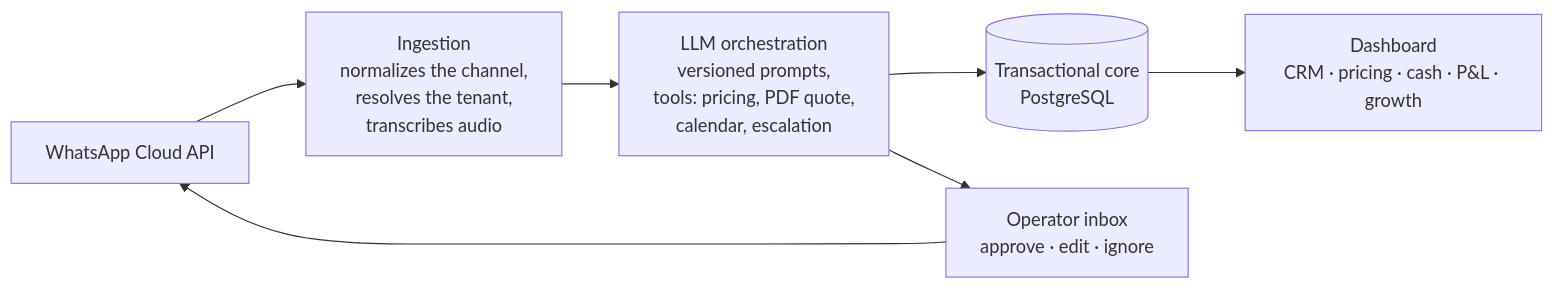
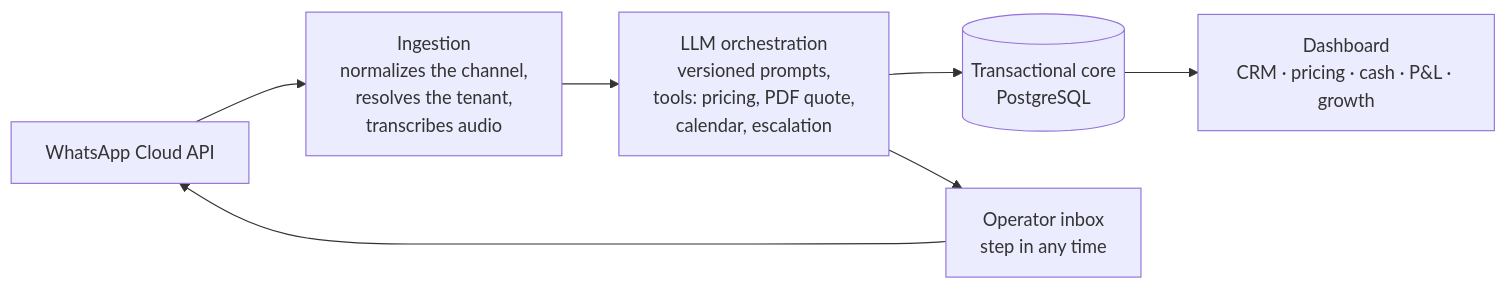
One commit to bautista-commits/pitbull-ai changed the diagram in README.md. Above: the diagram before and after it, drawn with Mermaid. The commit also changed other lines of this file, not shown here.

````diff
--- a/README.md
+++ b/README.md
@@ -20,9 +20,9 @@
 ```mermaid
 flowchart LR
     A[WhatsApp Cloud API] --> B[Ingestion<br/>normalizes the channel,<br/>resolves the tenant,<br/>transcribes audio]
     B --> C[LLM orchestration<br/>versioned prompts,<br/>tools: pricing, PDF quote,<br/>calendar, escalation]
     C --> D[(Transactional core<br/>PostgreSQL)]
-    C --> E[Operator inbox<br/>approve · edit · ignore]
+    C --> E[Operator inbox<br/>step in any time]
     E --> A
     D --> F[Dashboard<br/>CRM · pricing · cash · P&L · growth]
 ```
````
